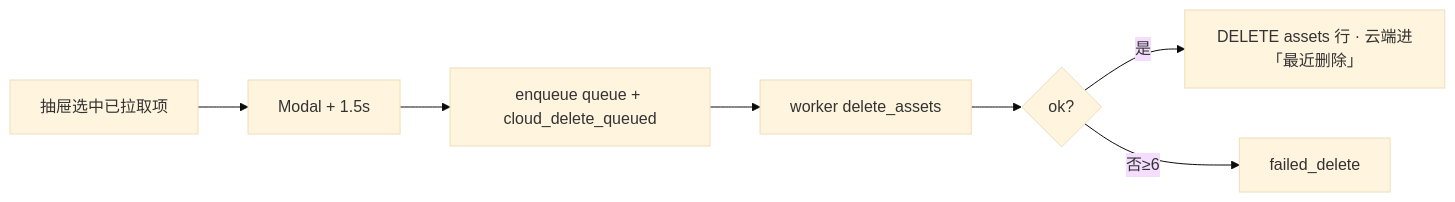
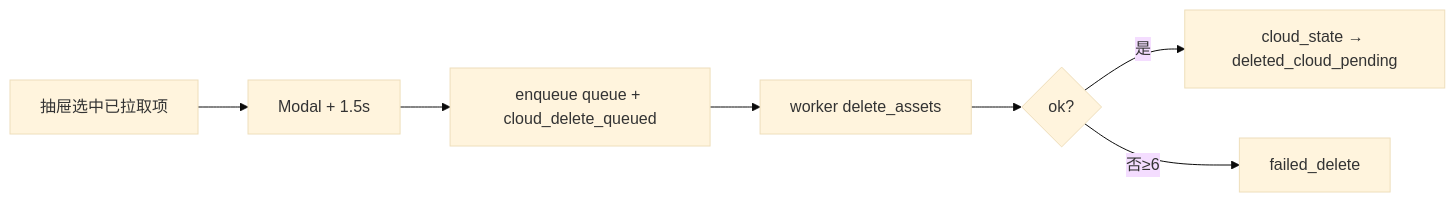
The third of 3 diagrams in apps/admin/src/views/album/cloudSyncFlow.md (cz6c/ll-admin), drawn with Mermaid (base theme) before and after one commit. The commit also changed other lines of this file and 13 other files, not shown here.

````diff
--- a/apps/admin/src/views/album/cloudSyncFlow.md
+++ b/apps/admin/src/views/album/cloudSyncFlow.md
@@ -82,9 +92,9 @@
 ```mermaid
 flowchart LR
   A[抽屉选中已拉取项] --> B[Modal + 1.5s]
   B --> C[enqueue queue + cloud_delete_queued]
   C --> D[worker delete_assets]
   D --> E{ok?}
-  E -->|是| F[DELETE assets 行 · 云端进「最近删除」]
+  E -->|是| F[cloud_state → deleted_cloud_pending]
   E -->|否≥6| G[failed_delete]
 ```
````
